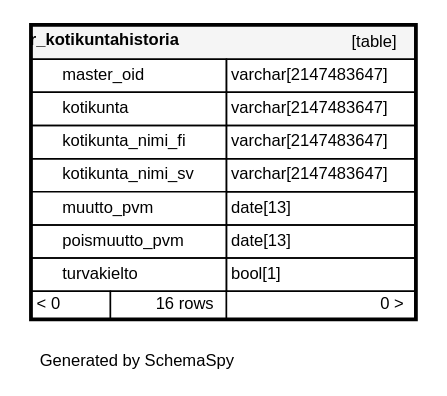
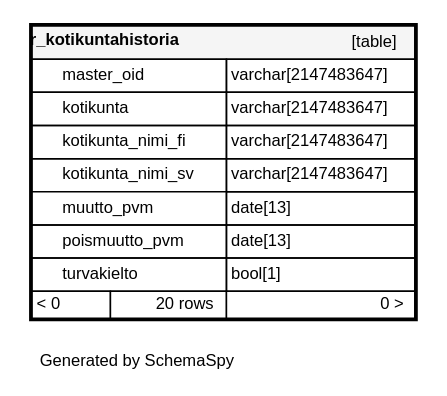
The diagram in documentation/tietokantaskeemat/koski-raportointikanta/diagrams/tables/r_kotikuntahistoria.1degree.dot (Opetushallitus/koski), drawn with Graphviz before and after one commit. The commit also changed 100 other files, not shown here.

```diff
--- a/documentation/tietokantaskeemat/koski-raportointikanta/diagrams/tables/r_kotikuntahistoria.1degree.dot
+++ b/documentation/tietokantaskeemat/koski-raportointikanta/diagrams/tables/r_kotikuntahistoria.1degree.dot
@@ -1,20 +1,20 @@
 digraph "oneDegreeRelationshipsDiagram" {
   graph [    rankdir="RL"    bgcolor="#ffffff"    label="\nGenerated by SchemaSpy"    labeljust="l"    nodesep="0.18"    ranksep="0.46"    fontname="Helvetica"    fontsize="11"    ration="compress"  ];  node [    fontname="Helvetica"    fontsize="11"    shape="plaintext"  ];  edge [    arrowsize="0.8"  ];
   "r_kotikuntahistoria" [
    label=<
     <TABLE BORDER="2" CELLBORDER="1" CELLSPACING="0" BGCOLOR="#ffffff">
       <TR><TD COLSPAN="4"  BGCOLOR="#f5f5f5"><TABLE BORDER="0" CELLSPACING="0"><TR><TD ALIGN="LEFT" FIXEDSIZE="TRUE" WIDTH="108" HEIGHT="16"><B>r_kotikuntahistoria</B></TD><TD ALIGN="RIGHT">[table]</TD></TR></TABLE></TD></TR>
       <TR><TD PORT="master_oid" COLSPAN="2" BGCOLOR="#ffffff" ALIGN="LEFT"><TABLE BORDER="0" CELLSPACING="0" ALIGN="LEFT"><TR ALIGN="LEFT"><TD ALIGN="LEFT" FIXEDSIZE="TRUE" WIDTH="15" HEIGHT="16"></TD><TD ALIGN="LEFT" FIXEDSIZE="TRUE" WIDTH="108" HEIGHT="16">master_oid</TD></TR></TABLE></TD><TD PORT="master_oid.type" ALIGN="LEFT">varchar[2147483647]</TD></TR>
       <TR><TD PORT="kotikunta" COLSPAN="2" BGCOLOR="#ffffff" ALIGN="LEFT"><TABLE BORDER="0" CELLSPACING="0" ALIGN="LEFT"><TR ALIGN="LEFT"><TD ALIGN="LEFT" FIXEDSIZE="TRUE" WIDTH="15" HEIGHT="16"></TD><TD ALIGN="LEFT" FIXEDSIZE="TRUE" WIDTH="108" HEIGHT="16">kotikunta</TD></TR></TABLE></TD><TD PORT="kotikunta.type" ALIGN="LEFT">varchar[2147483647]</TD></TR>
       <TR><TD PORT="kotikunta_nimi_fi" COLSPAN="2" ALIGN="LEFT"><TABLE BORDER="0" CELLSPACING="0" ALIGN="LEFT"><TR ALIGN="LEFT"><TD ALIGN="LEFT" FIXEDSIZE="TRUE" WIDTH="15" HEIGHT="16"></TD><TD ALIGN="LEFT" FIXEDSIZE="TRUE" WIDTH="108" HEIGHT="16">kotikunta_nimi_fi</TD></TR></TABLE></TD><TD PORT="kotikunta_nimi_fi.type" ALIGN="LEFT">varchar[2147483647]</TD></TR>
       <TR><TD PORT="kotikunta_nimi_sv" COLSPAN="2" ALIGN="LEFT"><TABLE BORDER="0" CELLSPACING="0" ALIGN="LEFT"><TR ALIGN="LEFT"><TD ALIGN="LEFT" FIXEDSIZE="TRUE" WIDTH="15" HEIGHT="16"></TD><TD ALIGN="LEFT" FIXEDSIZE="TRUE" WIDTH="108" HEIGHT="16">kotikunta_nimi_sv</TD></TR></TABLE></TD><TD PORT="kotikunta_nimi_sv.type" ALIGN="LEFT">varchar[2147483647]</TD></TR>
       <TR><TD PORT="muutto_pvm" COLSPAN="2" BGCOLOR="#ffffff" ALIGN="LEFT"><TABLE BORDER="0" CELLSPACING="0" ALIGN="LEFT"><TR ALIGN="LEFT"><TD ALIGN="LEFT" FIXEDSIZE="TRUE" WIDTH="15" HEIGHT="16"></TD><TD ALIGN="LEFT" FIXEDSIZE="TRUE" WIDTH="108" HEIGHT="16">muutto_pvm</TD></TR></TABLE></TD><TD PORT="muutto_pvm.type" ALIGN="LEFT">date[13]</TD></TR>
       <TR><TD PORT="poismuutto_pvm" COLSPAN="2" ALIGN="LEFT"><TABLE BORDER="0" CELLSPACING="0" ALIGN="LEFT"><TR ALIGN="LEFT"><TD ALIGN="LEFT" FIXEDSIZE="TRUE" WIDTH="15" HEIGHT="16"></TD><TD ALIGN="LEFT" FIXEDSIZE="TRUE" WIDTH="108" HEIGHT="16">poismuutto_pvm</TD></TR></TABLE></TD><TD PORT="poismuutto_pvm.type" ALIGN="LEFT">date[13]</TD></TR>
       <TR><TD PORT="turvakielto" COLSPAN="2" ALIGN="LEFT"><TABLE BORDER="0" CELLSPACING="0" ALIGN="LEFT"><TR ALIGN="LEFT"><TD ALIGN="LEFT" FIXEDSIZE="TRUE" WIDTH="15" HEIGHT="16"></TD><TD ALIGN="LEFT" FIXEDSIZE="TRUE" WIDTH="108" HEIGHT="16">turvakielto</TD></TR></TABLE></TD><TD PORT="turvakielto.type" ALIGN="LEFT">bool[1]</TD></TR>
-      <TR><TD ALIGN="LEFT" BGCOLOR="#ffffff">&lt; 0</TD><TD ALIGN="RIGHT" BGCOLOR="#ffffff">16 rows</TD><TD ALIGN="RIGHT" BGCOLOR="#ffffff">0 &gt;</TD></TR>
+      <TR><TD ALIGN="LEFT" BGCOLOR="#ffffff">&lt; 0</TD><TD ALIGN="RIGHT" BGCOLOR="#ffffff">20 rows</TD><TD ALIGN="RIGHT" BGCOLOR="#ffffff">0 &gt;</TD></TR>
     </TABLE>>
     URL="../../tables/r_kotikuntahistoria.html"
     target="_top"
     tooltip="r_kotikuntahistoria"
   ];
 }
```
